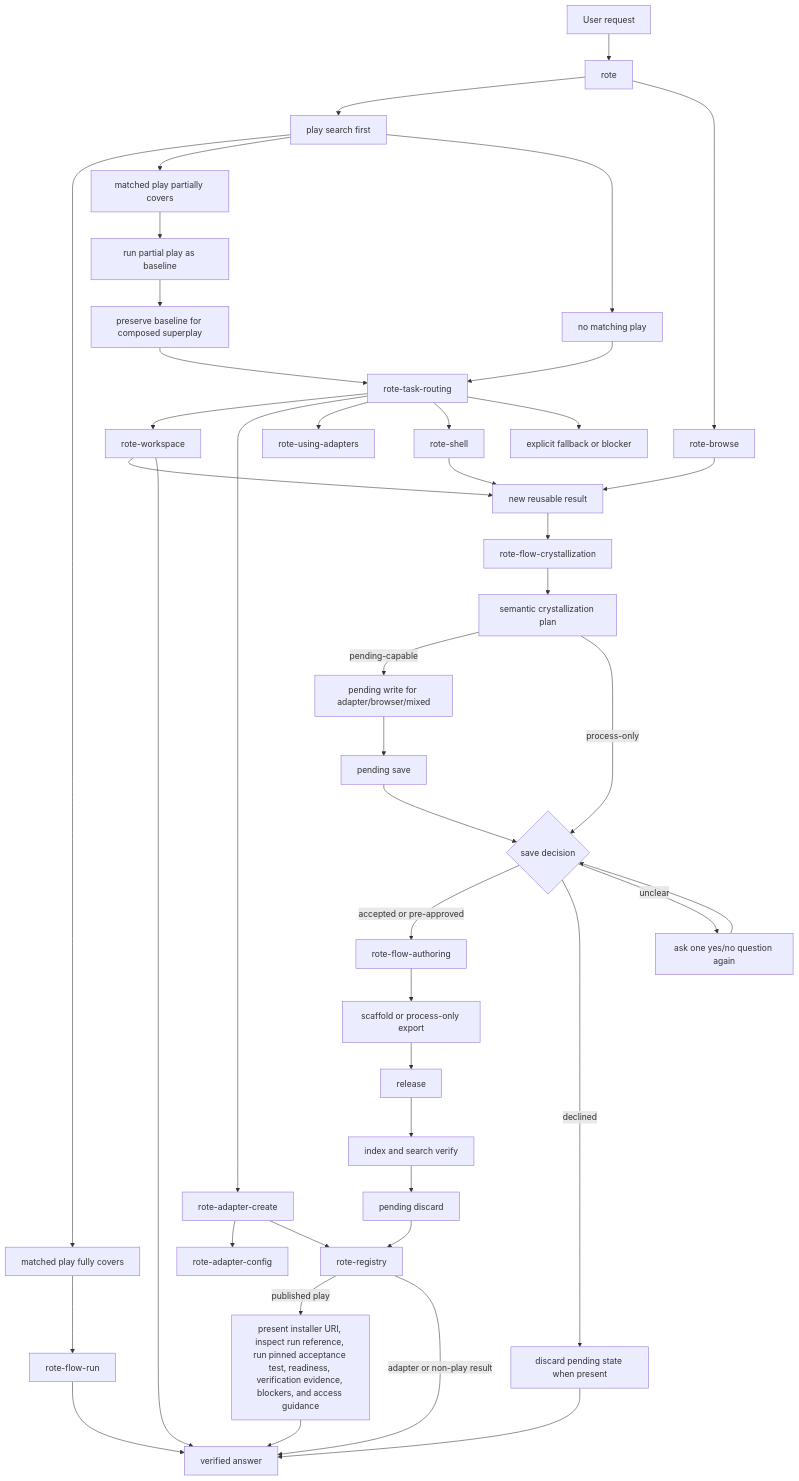
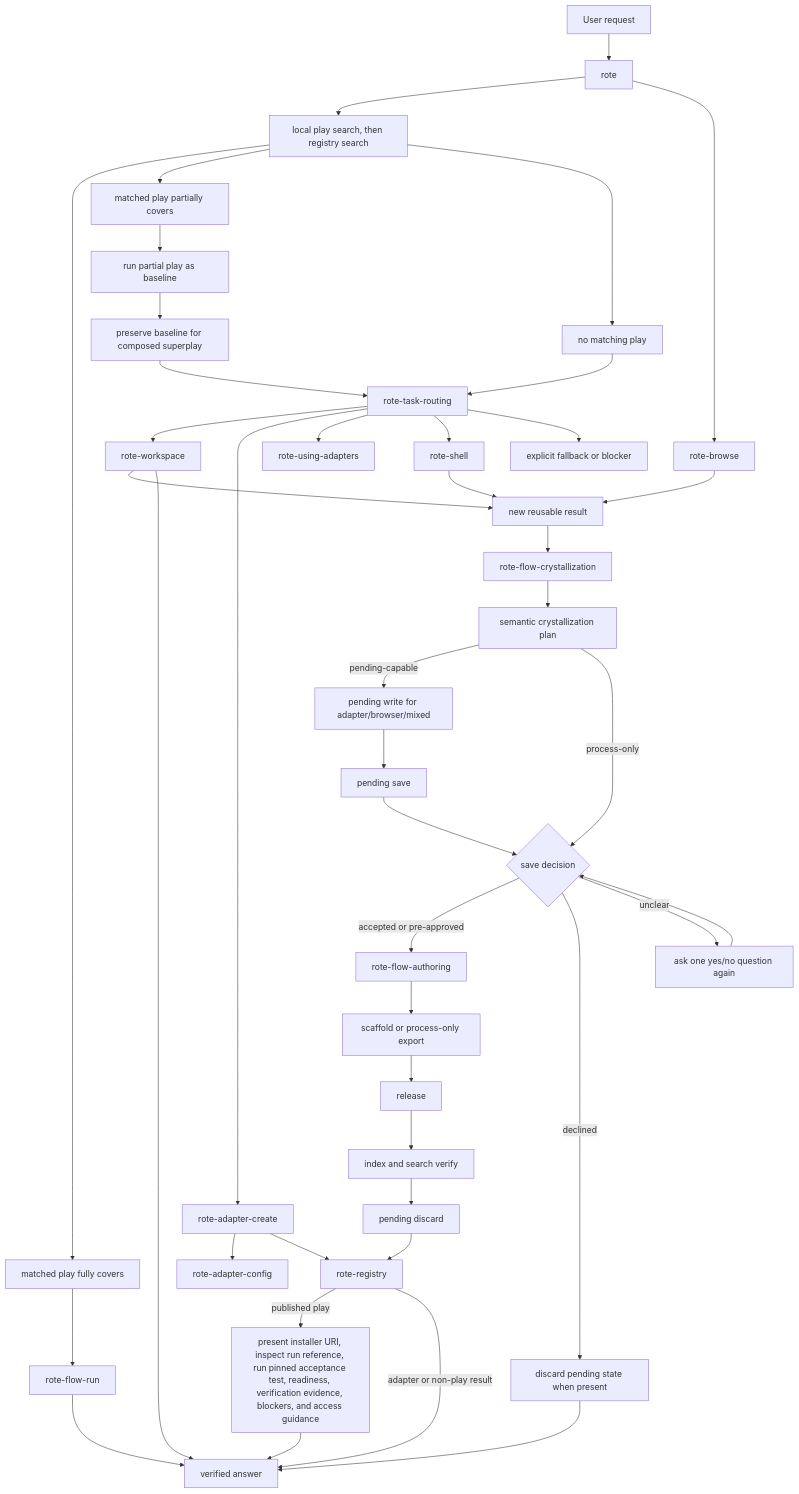
One commit to modiqo/rote-skills changed the diagram in plugins/rote/skills/rote/references/skill-workflow-map.md. Above: the diagram before and after it, drawn with Mermaid. The commit also changed 21 other files, not shown here.

````diff
--- a/plugins/rote/skills/rote/references/skill-workflow-map.md
+++ b/plugins/rote/skills/rote/references/skill-workflow-map.md
@@ -110,45 +110,45 @@
 ```mermaid
 flowchart TD
   Start[User request] --> Orchestrator[rote]
-  Orchestrator --> FlowSearch[play search first]
+  Orchestrator --> FlowSearch[local play search, then registry search]
   Orchestrator --> Browser[rote-browse]
   FlowSearch --> FullFlow[matched play fully covers]
   FlowSearch --> PartialFlow[matched play partially covers]
   FlowSearch --> NoFlow[no matching play]
   FullFlow --> FlowRun[rote-flow-run]
   FlowRun --> Done[verified answer]
   PartialFlow --> Baseline[run partial play as baseline]
   Baseline --> Superplay[preserve baseline for composed superplay]
   Superplay --> TaskRouting[rote-task-routing]
   NoFlow --> TaskRouting
   TaskRouting --> Workspace[rote-workspace]
   TaskRouting --> AdapterCreate[rote-adapter-create]
   TaskRouting --> SingleAdapter[rote-using-adapters]
   TaskRouting --> Shell[rote-shell]
   TaskRouting --> DirectBlock[explicit fallback or blocker]
   AdapterCreate --> Config[rote-adapter-config]
   AdapterCreate --> Registry
   Browser --> Reusable
   Shell --> Reusable[new reusable result]
   Workspace --> Reusable
   Workspace --> Done
   Reusable --> Crystallize[rote-flow-crystallization]
   Crystallize --> Plan[semantic crystallization plan]
   Plan -->|pending-capable| PendingWrite[pending write for adapter/browser/mixed]
   PendingWrite --> PendingSave[pending save]
   PendingSave --> SaveDecision{save decision}
   Plan -->|process-only| SaveDecision
   SaveDecision -->|accepted or pre-approved| Author[rote-flow-authoring]
   SaveDecision -->|declined| DeclineDiscard[discard pending state when present]
   DeclineDiscard --> Done
   SaveDecision -->|unclear| AskAgain[ask one yes/no question again]
   AskAgain --> SaveDecision
   Author --> Materialize[scaffold or process-only export]
   Materialize --> Release[release]
   Release --> IndexSearch[index and search verify]
   IndexSearch --> Discard[pending discard]
   Discard --> Registry[rote-registry]
   Registry -->|published play| PlayUri[present installer URI, inspect run reference, run pinned acceptance test, readiness, verification evidence, blockers, and access guidance]
   Registry -->|adapter or non-play result| Done
   PlayUri --> Done
 ```
````
